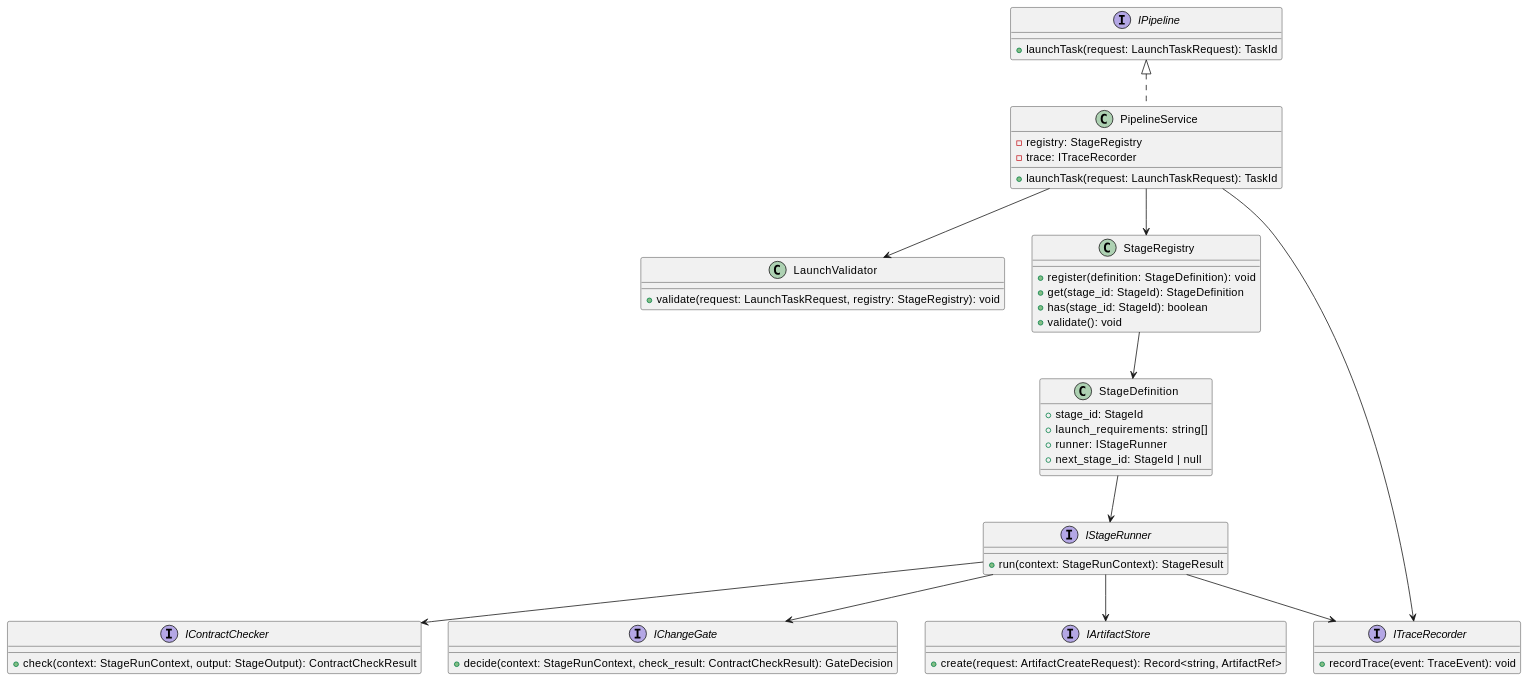
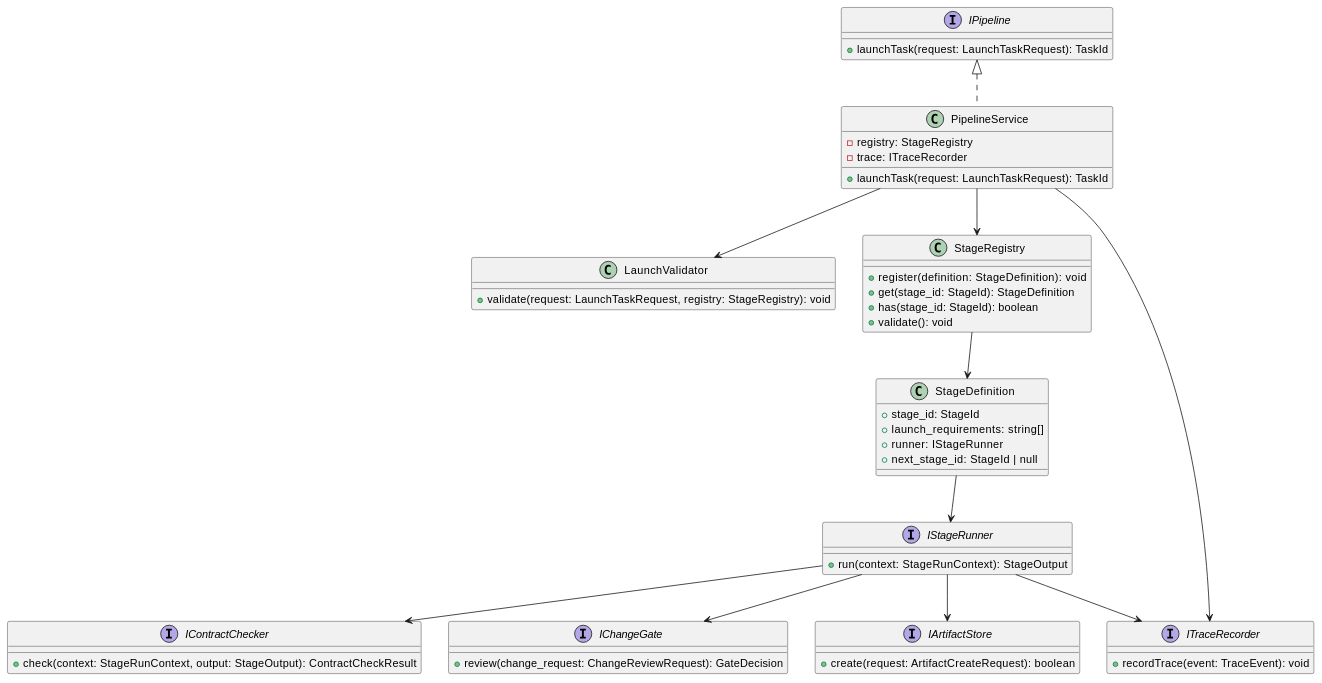
The first of 4 diagrams in meta_layer/docs/design_docs/Workflow/Pipeline.md (lucky-chen/ai_workflow_travel), drawn with PlantUML before and after one commit. The commit also changed other lines of this file and 18 other files, not shown here.

````diff
--- a/meta_layer/docs/design_docs/Workflow/Pipeline.md
+++ b/meta_layer/docs/design_docs/Workflow/Pipeline.md
@@ -41,62 +41,62 @@
 ```plantuml
 @startuml
 interface IPipeline {
   +launchTask(request: LaunchTaskRequest): TaskId
 }
 
 class PipelineService {
   -registry: StageRegistry
   -trace: ITraceRecorder
   +launchTask(request: LaunchTaskRequest): TaskId
 }
 
 interface IStageRunner {
-  +run(context: StageRunContext): StageResult
+  +run(context: StageRunContext): StageOutput
 }
 
 class LaunchValidator {
   +validate(request: LaunchTaskRequest, registry: StageRegistry): void
 }
 
 class StageRegistry {
   +register(definition: StageDefinition): void
   +get(stage_id: StageId): StageDefinition
   +has(stage_id: StageId): boolean
   +validate(): void
 }
 
 class StageDefinition {
   +stage_id: StageId
   +launch_requirements: string[]
   +runner: IStageRunner
   +next_stage_id: StageId | null
 }
 
 interface ITraceRecorder {
   +recordTrace(event: TraceEvent): void
 }
 
 interface IContractChecker {
   +check(context: StageRunContext, output: StageOutput): ContractCheckResult
 }
 
 interface IChangeGate {
-  +decide(context: StageRunContext, check_result: ContractCheckResult): GateDecision
+  +review(change_request: ChangeReviewRequest): GateDecision
 }
 
 interface IArtifactStore {
-  +create(request: ArtifactCreateRequest): Record<string, ArtifactRef>
+  +create(request: ArtifactCreateRequest): boolean
 }
 
 IPipeline <|.. PipelineService
 PipelineService --> StageRegistry
 PipelineService --> ITraceRecorder
 PipelineService --> LaunchValidator
 StageRegistry --> StageDefinition
 StageDefinition --> IStageRunner
 IStageRunner --> ITraceRecorder
 IStageRunner --> IContractChecker
 IStageRunner --> IChangeGate
 IStageRunner --> IArtifactStore
 @enduml
 ```
````
